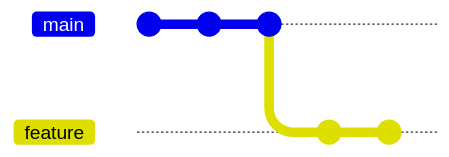
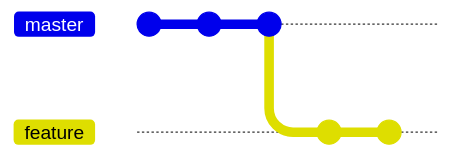
One commit to PonomaryovVladyslav/PythonCourses changed the diagram in assets/mermaid/git/rebase-2.mmd. Above: the diagram before and after it, drawn with Mermaid. The commit also changed 6 other files, not shown here. Commit ids are hidden.

Commit message:
Change mermaid diagrams: default branch renamed to "master"

```diff
--- a/assets/mermaid/git/rebase-2.mmd
+++ b/assets/mermaid/git/rebase-2.mmd
@@ -1,8 +1,9 @@
+%%{init: {'gitGraph': {'mainBranchName': 'master'}} }%%
 gitGraph
     commit id: "Initial commit"
     commit
     commit
     branch feature
     checkout feature
     commit
     commit
```
